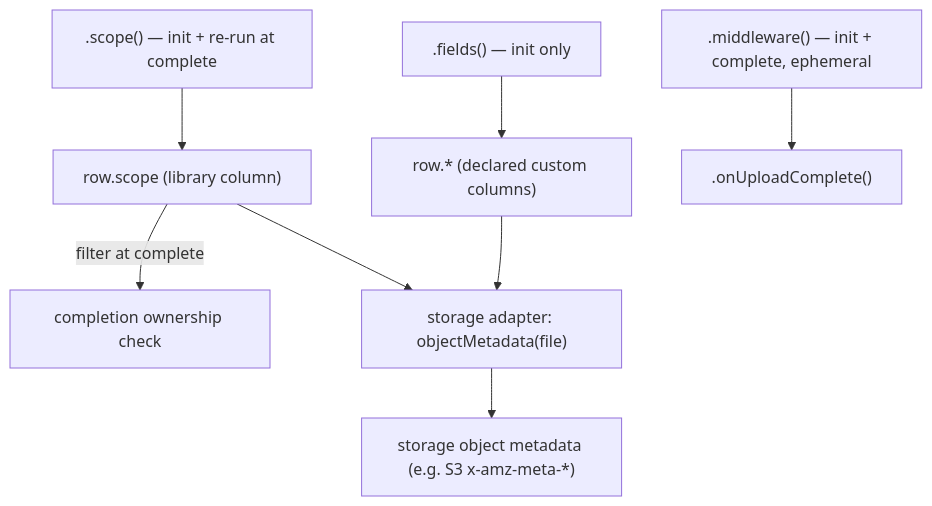
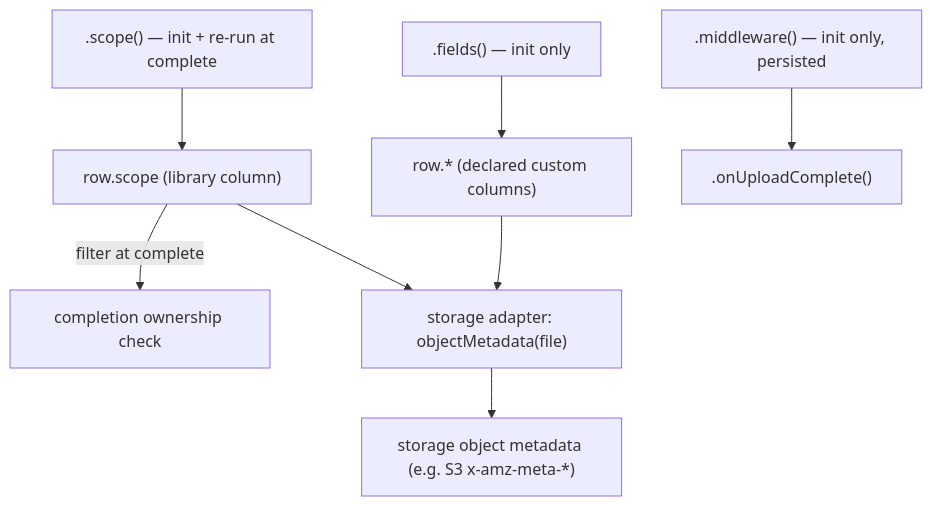
The diagram in docs/brainstorms/2026-06-17-decouple-and-customize-file-data-requirements.md (hugo-clemente/upload-stuff), drawn with Mermaid before and after one commit. The commit also changed other lines of this file, not shown here.

First line of the commit message:
docs(brainstorm): sync to shipped middleware-init-only design

````diff
--- a/docs/brainstorms/2026-06-17-decouple-and-customize-file-data-requirements.md
+++ b/docs/brainstorms/2026-06-17-decouple-and-customize-file-data-requirements.md
@@ -71,10 +71,10 @@
 ```mermaid
 flowchart TB
   scope[".scope() — init + re-run at complete"] --> scopeCol["row.scope (library column)"]
   fields[".fields() — init only"] --> customCols["row.* (declared custom columns)"]
-  middleware[".middleware() — init + complete, ephemeral"] --> onComplete[".onUploadComplete()"]
+  middleware[".middleware() — init only, persisted"] --> onComplete[".onUploadComplete()"]
   scopeCol -->|filter at complete| guard["completion ownership check"]
   scopeCol --> adapter["storage adapter: objectMetadata(file)"]
   customCols --> adapter
   adapter --> objmeta["storage object metadata (e.g. S3 x-amz-meta-*)"]
 ```
````
